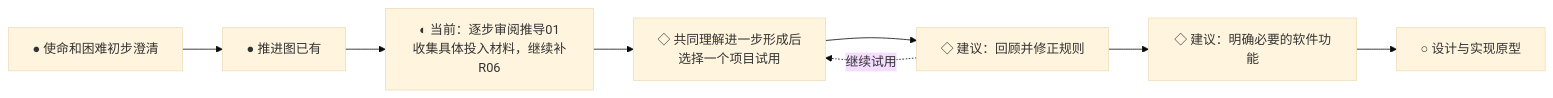
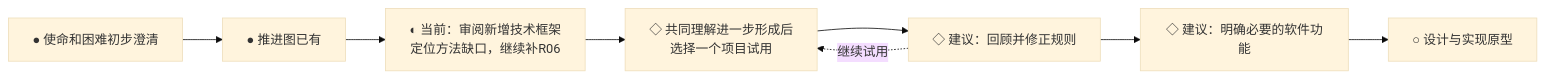
The second of 2 diagrams in 项目/人生飞轮/项目推进图.md (fangjiaqi2023-jpg/life-flywheel), drawn with Mermaid (base theme) before and after one commit. The commit also changed other lines of this file, not shown here.

````diff
--- a/项目/人生飞轮/项目推进图.md
+++ b/项目/人生飞轮/项目推进图.md
@@ -38,10 +38,10 @@
 ```mermaid
 flowchart LR
     P0[● 使命和困难初步澄清] --> P1[● 推进图已有]
-    P1 --> P2[◐ 当前：逐步审阅推导01<br/>收集具体投入材料，继续补R06]
+    P1 --> P2[◐ 当前：审阅新增技术框架<br/>定位方法缺口，继续补R06]
     P2 --> P3[◇ 共同理解进一步形成后<br/>选择一个项目试用]
     P3 --> P4[◇ 建议：回顾并修正规则]
     P4 --> P5[◇ 建议：明确必要的软件功能]
     P5 --> P6[○ 设计与实现原型]
     P4 -.继续试用.-> P3
 ```
````
